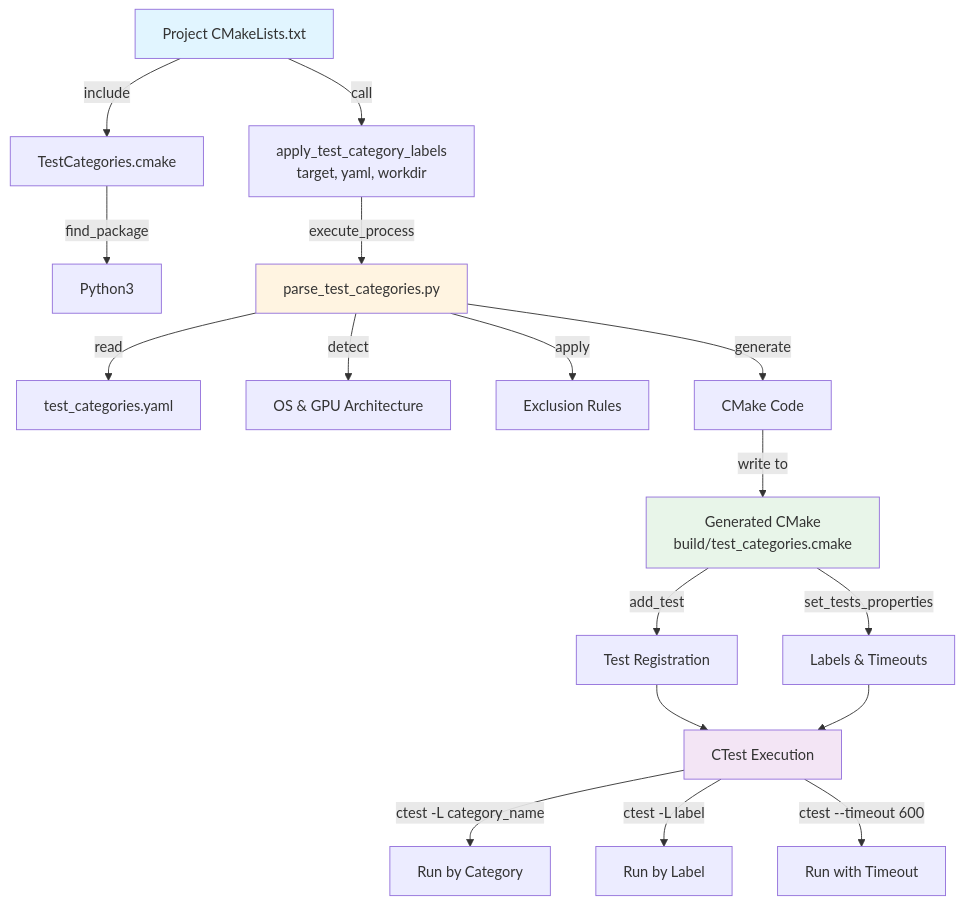
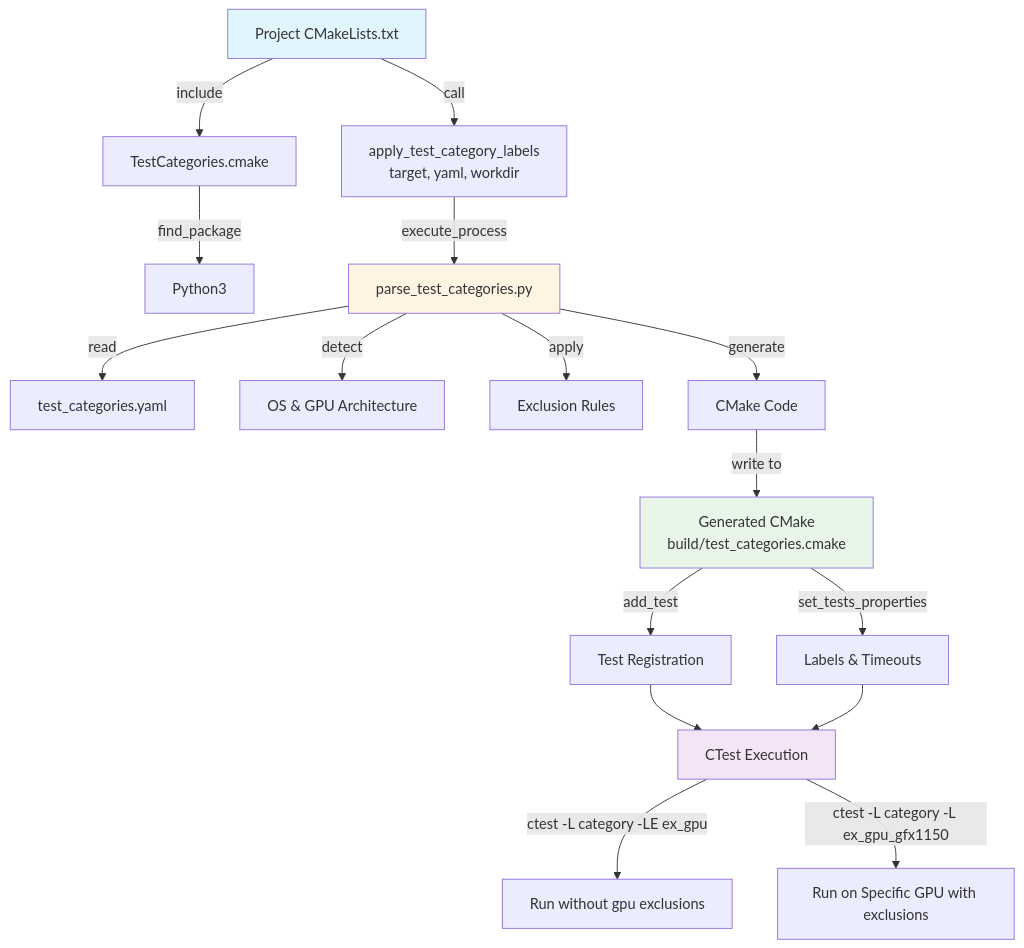
One commit to ROCm/rocm-libraries changed the diagram in shared/ctest/README.md. Above: the diagram before and after it, drawn with Mermaid. The commit also changed other lines of this file, not shown here.

Commit message:
Add documentation for gpu_excludes.

````diff
--- a/shared/ctest/README.md
+++ b/shared/ctest/README.md
@@ -47,30 +47,29 @@
 ```mermaid
 flowchart TD
     A[Project CMakeLists.txt] -->|include| B[TestCategories.cmake]
     A -->|call| C[apply_test_category_labels<br/>target, yaml, workdir]
 
     B -->|find_package| D[Python3]
     C -->|execute_process| E[parse_test_categories.py]
 
     E -->|read| F[test_categories.yaml]
     E -->|detect| G[OS & GPU Architecture]
     E -->|apply| H[Exclusion Rules]
     E -->|generate| I[CMake Code]
 
     I -->|write to| J[Generated CMake<br/>build/test_categories.cmake]
 
     J -->|add_test| K[Test Registration]
     J -->|set_tests_properties| L[Labels & Timeouts]
 
     K --> M[CTest Execution]
     L --> M
 
-    M -->|ctest -L category_name| N[Run by Category]
-    M -->|ctest -L label| O[Run by Label]
-    M -->|ctest --timeout 600| P[Run with Timeout]
+    M -->|ctest -L category -LE ex_gpu| N[Run without gpu exclusions]
+    M -->|ctest -L category -L ex_gpu_gfx1150| O[Run on Specific GPU with exclusions]
 
     style A fill:#e1f5ff
     style E fill:#fff4e1
     style J fill:#e8f5e9
     style M fill:#f3e5f5
 ```
````
